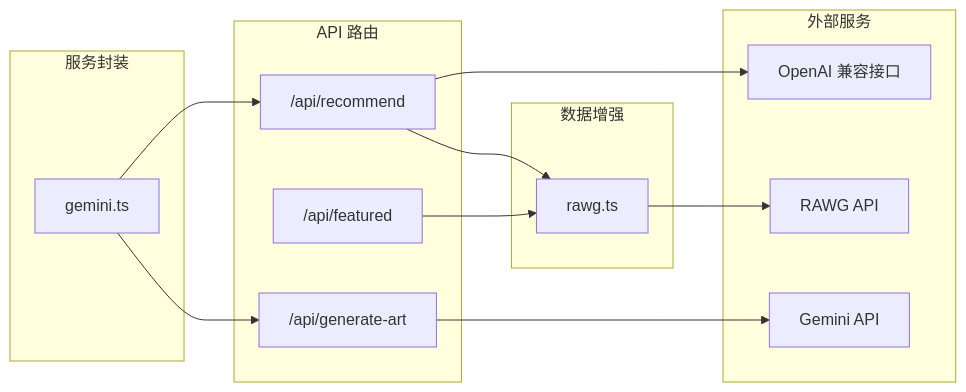
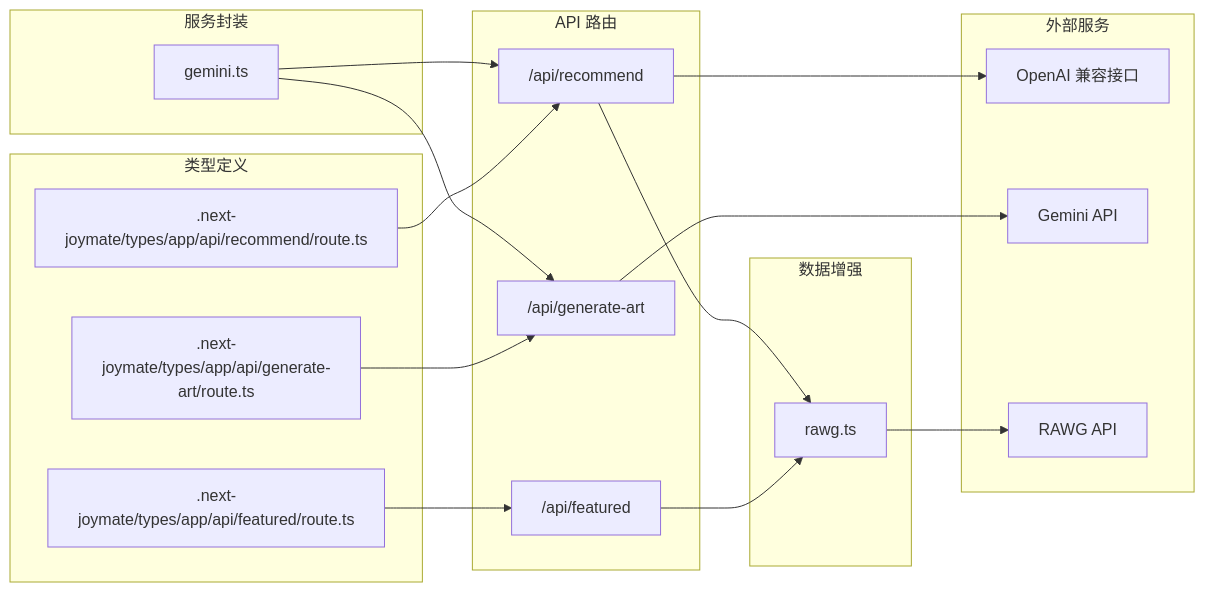
One commit to Jason-6300/JoyMate changed the fourth of 4 diagrams in .qoder/repowiki/zh/content/API服务/API服务.md. Above: the diagram before and after it, drawn with Mermaid. The commit also changed other lines of this file and 7 other files, not shown here.

````diff
--- a/.qoder/repowiki/zh/content/API服务/API服务.md
+++ b/.qoder/repowiki/zh/content/API服务/API服务.md
@@ -295,26 +343,34 @@
 ```mermaid
 graph LR
 subgraph "API 路由"
 RECOMMEND["/api/recommend"]
 FEATURED["/api/featured"]
 GENERATE["/api/generate-art"]
+end
+subgraph "类型定义"
+TYPE_RECOMMEND[".next-joymate/types/app/api/recommend/route.ts"]
+TYPE_FEATURED[".next-joymate/types/app/api/featured/route.ts"]
+TYPE_GENERATE[".next-joymate/types/app/api/generate-art/route.ts"]
 end
 subgraph "服务封装"
 GEMINI["gemini.ts"]
 end
 subgraph "数据增强"
 RAWG["rawg.ts"]
 end
 subgraph "外部服务"
 OPENAI["OpenAI 兼容接口"]
 GEMINI_API["Gemini API"]
 RAWG_API["RAWG API"]
 end
 RECOMMEND --> OPENAI
 RECOMMEND --> RAWG
 FEATURED --> RAWG
 GENERATE --> GEMINI_API
 GEMINI --> RECOMMEND
 GEMINI --> GENERATE
 RAWG --> RAWG_API
+TYPE_RECOMMEND --> RECOMMEND
+TYPE_FEATURED --> FEATURED
+TYPE_GENERATE --> GENERATE
 ```
````
